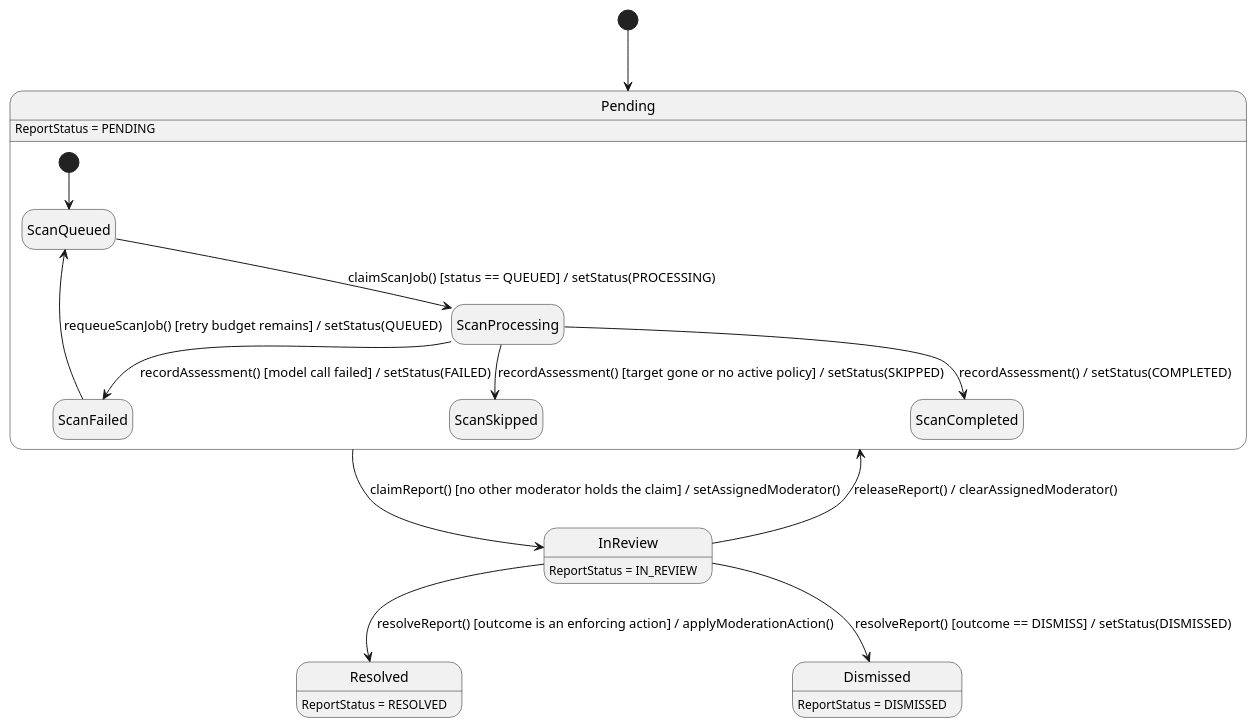
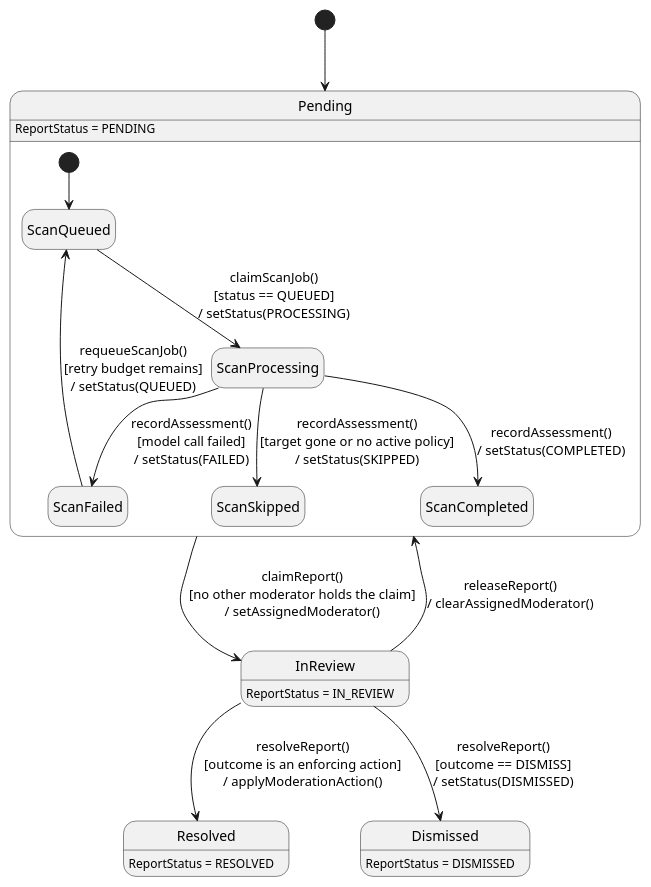
Before and after one commit to ChuongBDHE172784/CareBridge_SEP490_G79: the third of 3 diagrams in 03_Design/Detailed_Design/MF04_Community_QA_Moderation/02_Reporting_Moderation_Taxonomy_and_AI_Policy.md, drawn with PlantUML. The commit also changed 61 other files, not shown here.

Commit message:
docs: update detailed design documentation and state chart diagrams across all feature modules

````diff
--- a/03_Design/Detailed_Design/MF04_Community_QA_Moderation/02_Reporting_Moderation_Taxonomy_and_AI_Policy.md
+++ b/03_Design/Detailed_Design/MF04_Community_QA_Moderation/02_Reporting_Moderation_Taxonomy_and_AI_Policy.md
@@ -552,25 +552,25 @@
 ```plantuml
 @startuml StateChartDiagram_02ReportingModerationTaxonomyandAIPolicy
 hide empty description
 [*] --> Pending
 
-Pending --> InReview : claimReport() [no other moderator holds the claim] / setAssignedModerator()
-InReview --> Pending : releaseReport() / clearAssignedModerator()
-InReview --> Resolved : resolveReport() [outcome is an enforcing action] / applyModerationAction()
-InReview --> Dismissed : resolveReport() [outcome == DISMISS] / setStatus(DISMISSED)
+Pending --> InReview : claimReport()\n[no other moderator holds the claim]\n/ setAssignedModerator()
+InReview --> Pending : releaseReport()\n/ clearAssignedModerator()
+InReview --> Resolved : resolveReport()\n[outcome is an enforcing action]\n/ applyModerationAction()
+InReview --> Dismissed : resolveReport()\n[outcome == DISMISS]\n/ setStatus(DISMISSED)
 
 state Pending {
   [*] --> ScanQueued
-  ScanQueued --> ScanProcessing : claimScanJob() [status == QUEUED] / setStatus(PROCESSING)
-  ScanProcessing --> ScanCompleted : recordAssessment() / setStatus(COMPLETED)
-  ScanProcessing --> ScanFailed : recordAssessment() [model call failed] / setStatus(FAILED)
-  ScanProcessing --> ScanSkipped : recordAssessment() [target gone or no active policy] / setStatus(SKIPPED)
-  ScanFailed --> ScanQueued : requeueScanJob() [retry budget remains] / setStatus(QUEUED)
+  ScanQueued --> ScanProcessing : claimScanJob()\n[status == QUEUED]\n/ setStatus(PROCESSING)
+  ScanProcessing --> ScanCompleted : recordAssessment()\n/ setStatus(COMPLETED)
+  ScanProcessing --> ScanFailed : recordAssessment()\n[model call failed]\n/ setStatus(FAILED)
+  ScanProcessing --> ScanSkipped : recordAssessment()\n[target gone or no active policy]\n/ setStatus(SKIPPED)
+  ScanFailed --> ScanQueued : requeueScanJob()\n[retry budget remains]\n/ setStatus(QUEUED)
 }
 
 Pending : ReportStatus = PENDING
 InReview : ReportStatus = IN_REVIEW
 Resolved : ReportStatus = RESOLVED
 Dismissed : ReportStatus = DISMISSED
 @enduml
 ```
````
